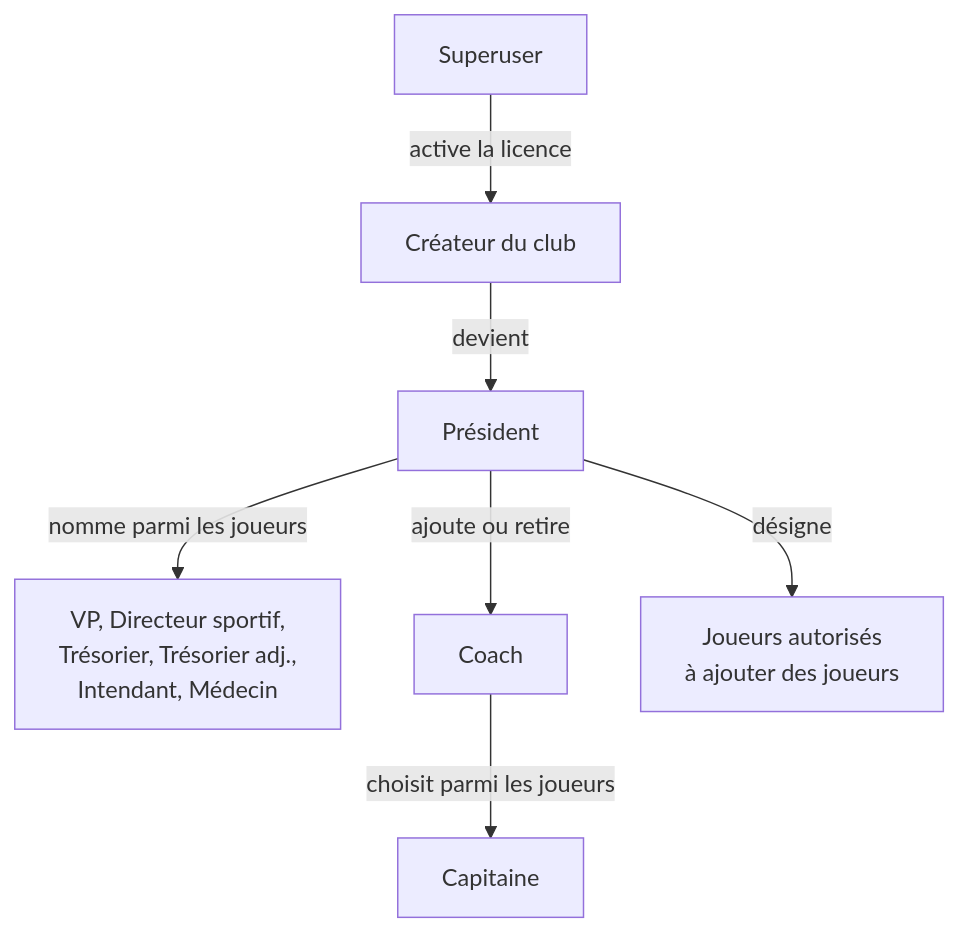
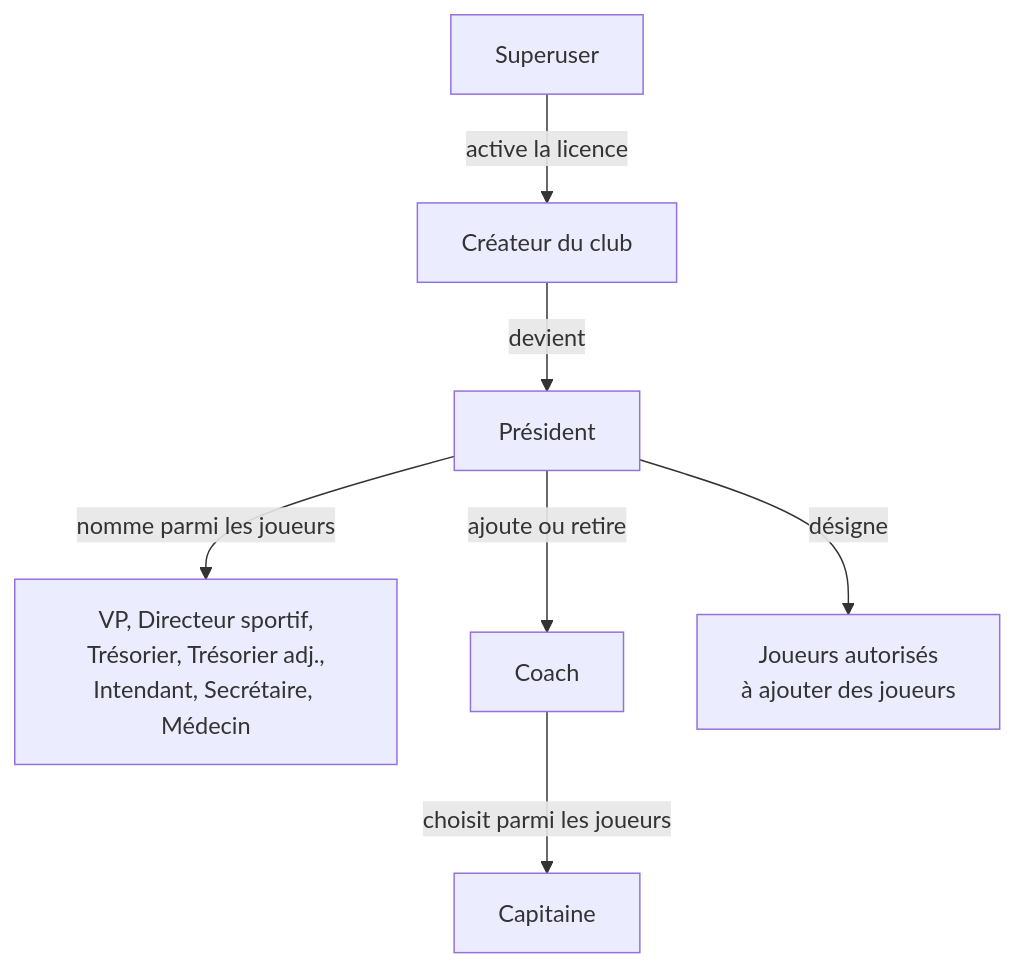
Before and after one commit to architectejo/vesta: the first of 4 diagrams in docs/cahier-des-charges.md, drawn with Mermaid. The commit also changed other lines of this file and 568 other files, not shown here.

````diff
--- a/docs/cahier-des-charges.md
+++ b/docs/cahier-des-charges.md
@@ -139,9 +141,9 @@
 ```mermaid
 flowchart TD
     SU[Superuser] -->|active la licence| C[Créateur du club]
     C -->|devient| P[Président]
-    P -->|nomme parmi les joueurs| B[VP, Directeur sportif,<br/>Trésorier, Trésorier adj.,<br/>Intendant, Médecin]
+    P -->|nomme parmi les joueurs| B[VP, Directeur sportif,<br/>Trésorier, Trésorier adj.,<br/>Intendant, Secrétaire, Médecin]
     P -->|ajoute ou retire| CO[Coach]
     CO -->|choisit parmi les joueurs| CA[Capitaine]
     P -->|désigne| D[Joueurs autorisés<br/>à ajouter des joueurs]
 ```
````
